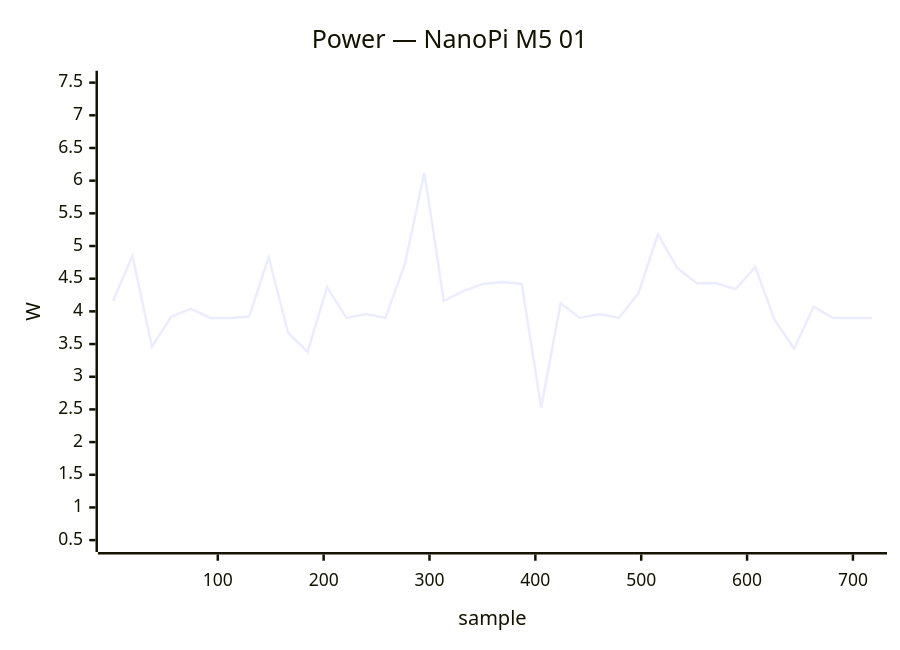
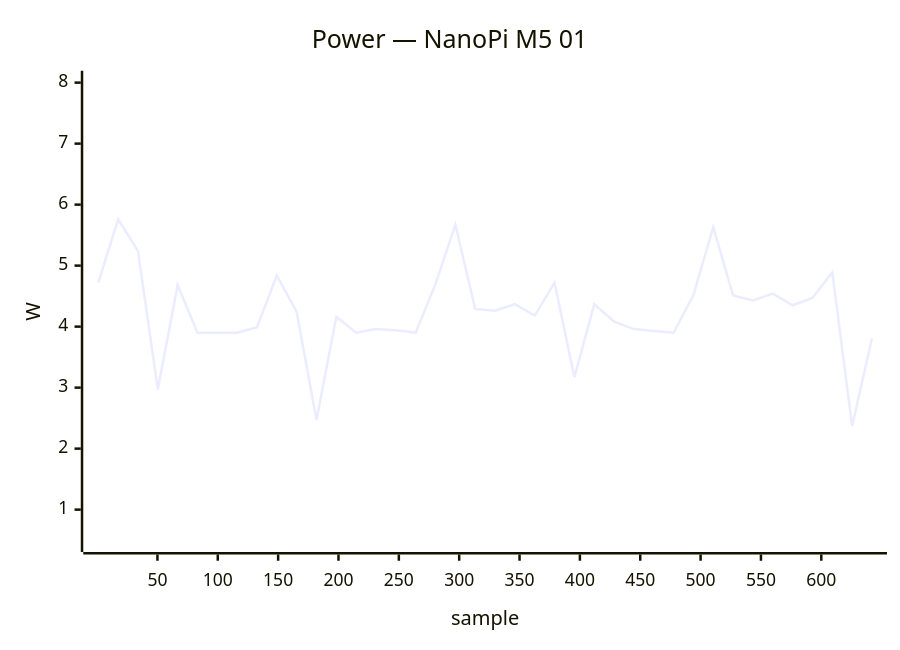
One commit to armbian/documentation changed the eighth of 24 diagrams in docs/status/board-tests.md. Above: the diagram before and after it, drawn with Mermaid. The commit also changed other lines of this file, not shown here.

````diff
--- a/docs/status/board-tests.md
+++ b/docs/status/board-tests.md
@@ -497,7 +497,7 @@
     ```mermaid
     xychart-beta
         title "Power — NanoPi M5 01"
-        x-axis "sample" 1 --> 718
-        y-axis "W" 0.5 --> 7.5
-        line [4.16, 4.85, 3.46, 3.92, 4.04, 3.90, 3.90, 3.92, 4.83, 3.67, 3.38, 4.37, 3.90, 3.96, 3.90, 4.73, 6.12, 4.16, 4.31, 4.42, 4.45, 4.42, 2.53, 4.12, 3.90, 3.96, 3.90, 4.28, 5.18, 4.66, 4.43, 4.43, 4.34, 4.68, 3.87, 3.43, 4.07, 3.90, 3.90, 3.90]
+        x-axis "sample" 1 --> 642
+        y-axis "W" 0.5 --> 8.0
+        line [4.72, 5.76, 5.24, 2.97, 4.68, 3.90, 3.90, 3.90, 3.99, 4.84, 4.24, 2.47, 4.16, 3.90, 3.96, 3.94, 3.90, 4.70, 5.67, 4.29, 4.26, 4.37, 4.18, 4.72, 3.17, 4.37, 4.08, 3.96, 3.93, 3.90, 4.52, 5.63, 4.51, 4.43, 4.54, 4.35, 4.47, 4.89, 2.37, 3.81]
     ```
````
